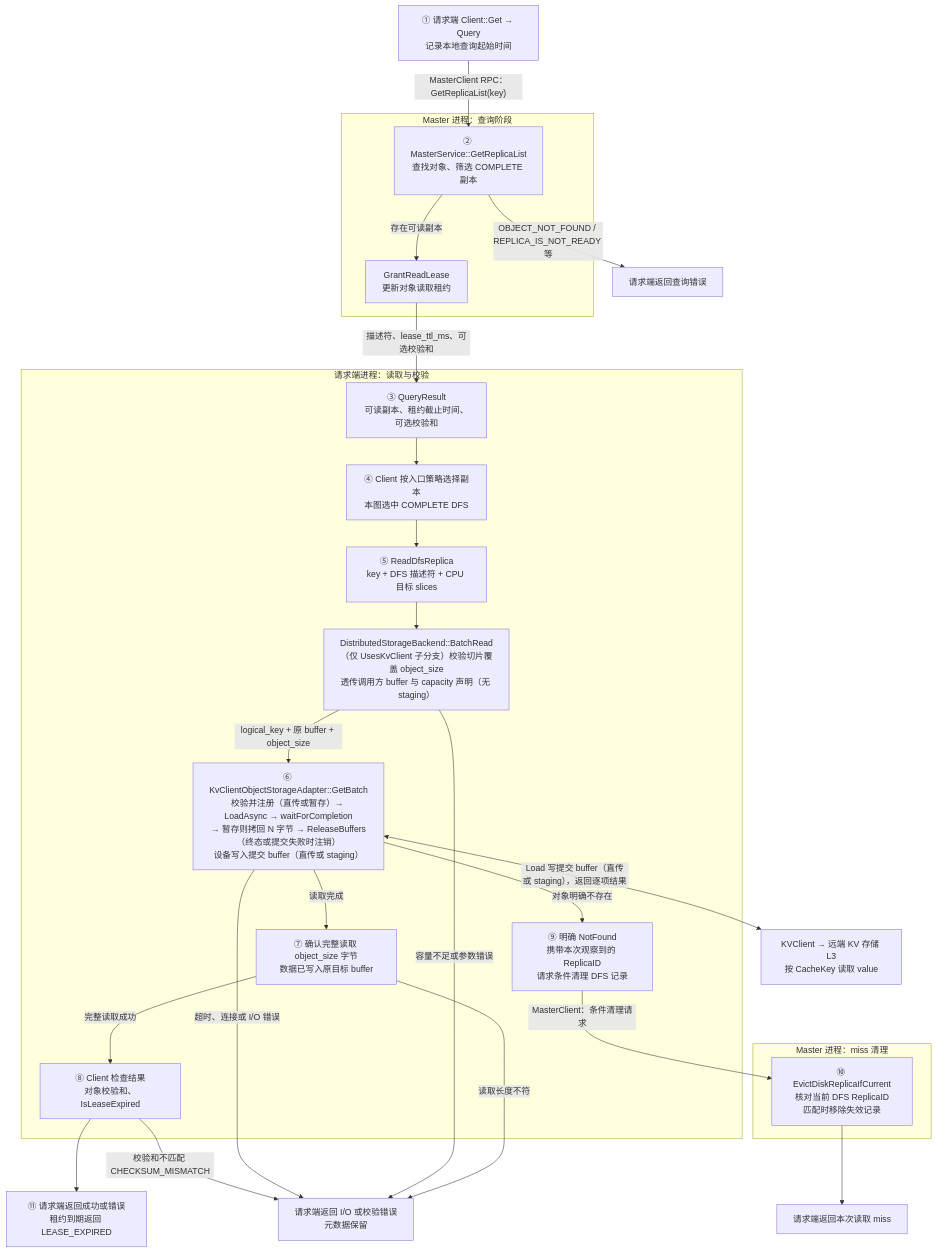
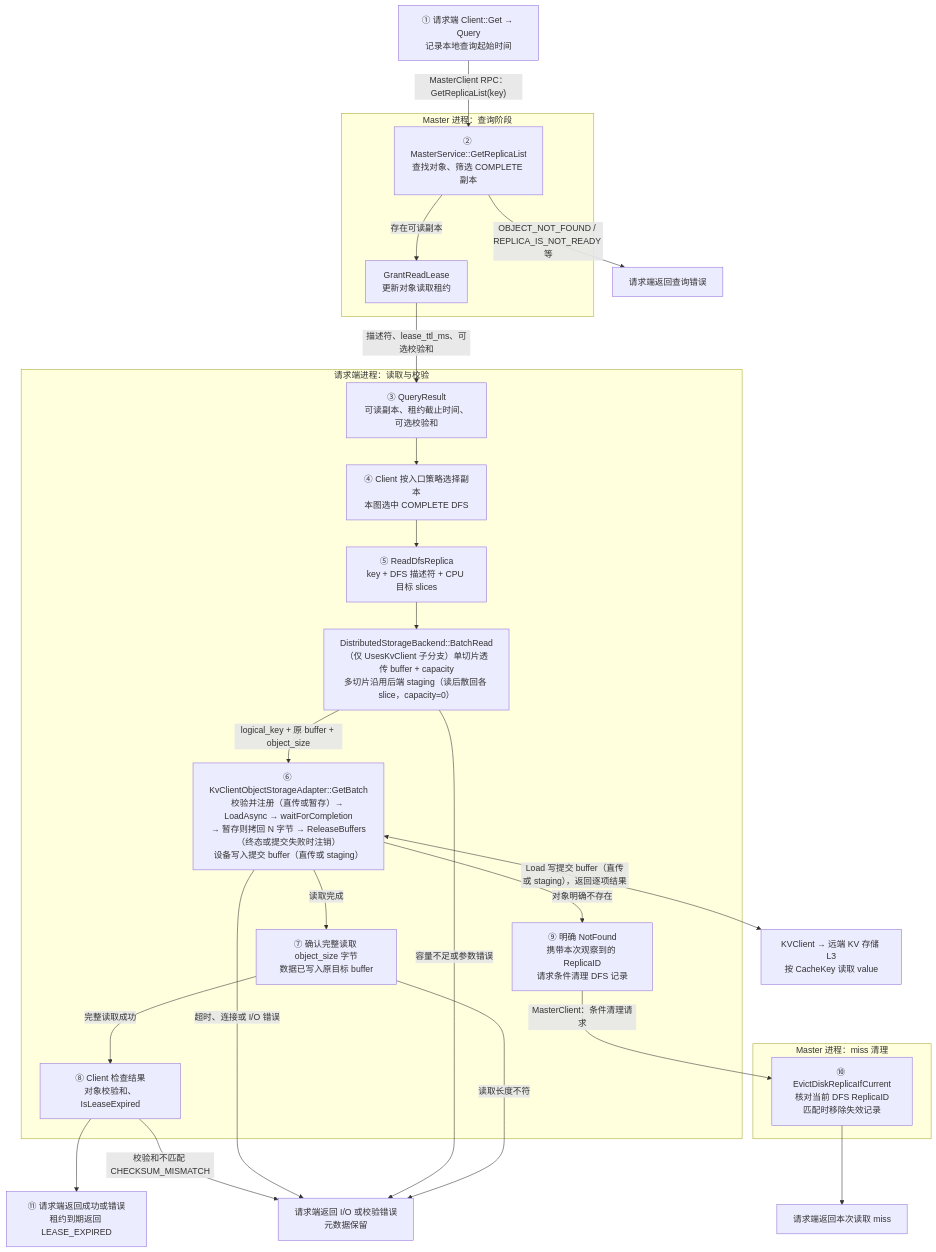
One commit to zwj20000328-dotcom/Mooncake-documents changed the fifth of 13 diagrams in Mooncake + KVClient L3 接入（Kvcs）- v3.md. Above: the diagram before and after it, drawn with Mermaid. The commit also changed other lines of this file, not shown here.

````diff
--- a/Mooncake + KVClient L3 接入（Kvcs）- v3.md
+++ b/Mooncake + KVClient L3 接入（Kvcs）- v3.md
@@ -397,52 +397,52 @@
 ```mermaid
 flowchart TB
     Q["① 请求端 Client::Get → Query<br/>记录本地查询起始时间"]
 
     subgraph MasterQuery["Master 进程：查询阶段"]
         GET["② MasterService::GetReplicaList<br/>查找对象、筛选 COMPLETE 副本"]
         LEASE["GrantReadLease<br/>更新对象读取租约"]
 
         GET -->|"存在可读副本"| LEASE
     end
 
     subgraph Request["请求端进程：读取与校验"]
         QR["③ QueryResult<br/>可读副本、租约截止时间、可选校验和"]
         SELECT["④ Client 按入口策略选择副本<br/>本图选中 COMPLETE DFS"]
         READ["⑤ ReadDfsReplica<br/>key + DFS 描述符 + CPU 目标 slices"]
-        B["DistributedStorageBackend::BatchRead<br/>（仅 UsesKvClient 子分支）校验切片覆盖 object_size<br/>透传调用方 buffer 与 capacity 声明（无 staging）"]
+        B["DistributedStorageBackend::BatchRead<br/>（仅 UsesKvClient 子分支）单切片透传 buffer + capacity<br/>多切片沿用后端 staging（读后散回各 slice，capacity=0）"]
         D["⑥ KvClientObjectStorageAdapter::GetBatch<br/>校验并注册（直传或暂存）→ LoadAsync → waitForCompletion<br/>→ 暂存则拷回 N 字节 → ReleaseBuffers（终态或提交失败时注销）<br/>设备写入提交 buffer（直传或 staging）"]
         VERIFY["⑦ 确认完整读取 object_size 字节<br/>数据已写入原目标 buffer"]
         CHECK["⑧ Client 检查结果<br/>对象校验和、IsLeaseExpired"]
         MISS["⑨ 明确 NotFound<br/>携带本次观察到的 ReplicaID<br/>请求条件清理 DFS 记录"]
 
         QR --> SELECT
         SELECT --> READ
         READ --> B
         B -->|"logical_key + 原 buffer + object_size"| D
         D -->|"读取完成"| VERIFY
         D -->|"对象明确不存在"| MISS
         VERIFY -->|"完整读取成功"| CHECK
     end
 
     subgraph MasterCleanup["Master 进程：miss 清理"]
         EVICT["⑩ EvictDiskReplicaIfCurrent<br/>核对当前 DFS ReplicaID<br/>匹配时移除失效记录"]
     end
 
     RETURN["⑪ 请求端返回成功或错误<br/>租约到期返回 LEASE_EXPIRED"]
     ERROR["请求端返回 I/O 或校验错误<br/>元数据保留"]
     QUERY_FAIL["请求端返回查询错误"]
     MISS_RETURN["请求端返回本次读取 miss"]
     S["KVClient → 远端 KV 存储 L3<br/>按 CacheKey 读取 value"]
 
     Q -->|"MasterClient RPC：GetReplicaList(key)"| GET
     GET -->|"OBJECT_NOT_FOUND / REPLICA_IS_NOT_READY 等"| QUERY_FAIL
     LEASE -->|"描述符、lease_ttl_ms、可选校验和"| QR
     D <-->|"Load 写提交 buffer（直传或 staging），返回逐项结果"| S
     MISS -->|"MasterClient：条件清理请求"| EVICT
     EVICT --> MISS_RETURN
     CHECK --> RETURN
     CHECK -->|"校验和不匹配 CHECKSUM_MISMATCH"| ERROR
     D -->|"超时、连接或 I/O 错误"| ERROR
     B -->|"容量不足或参数错误"| ERROR
     VERIFY -->|"读取长度不符"| ERROR
 ```
````
